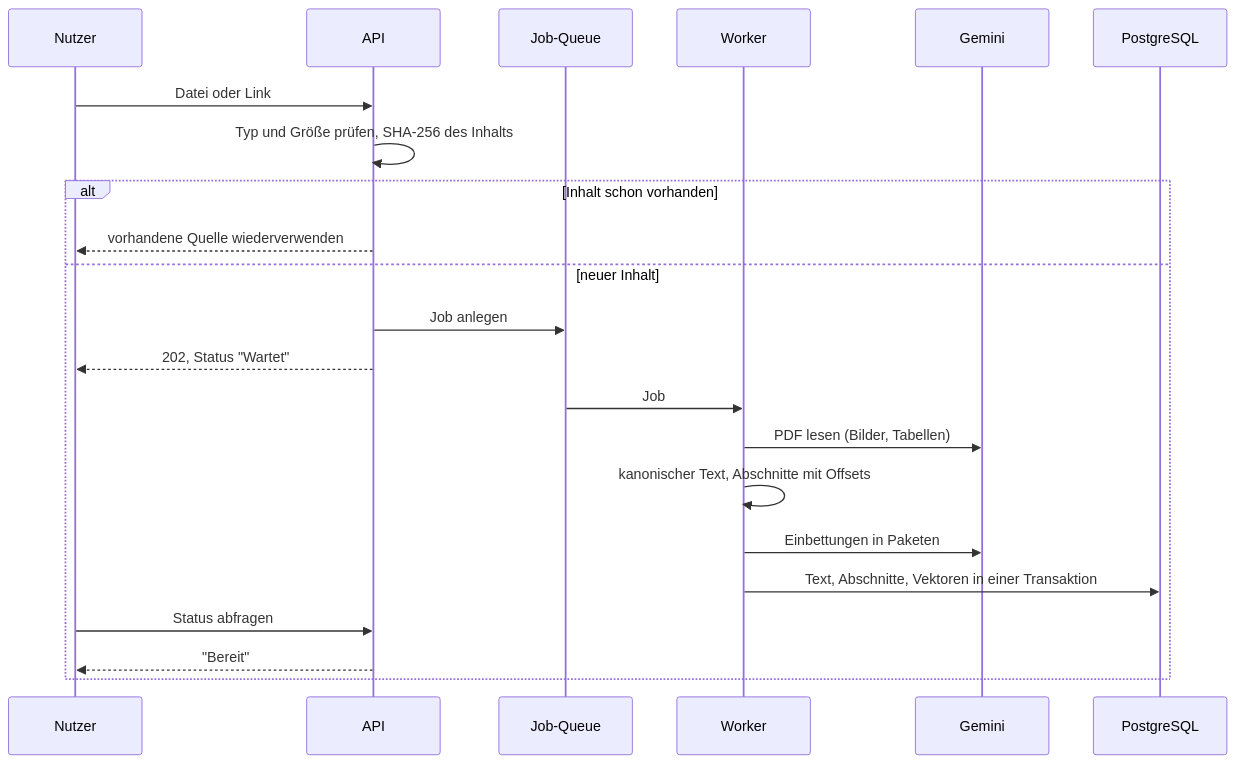
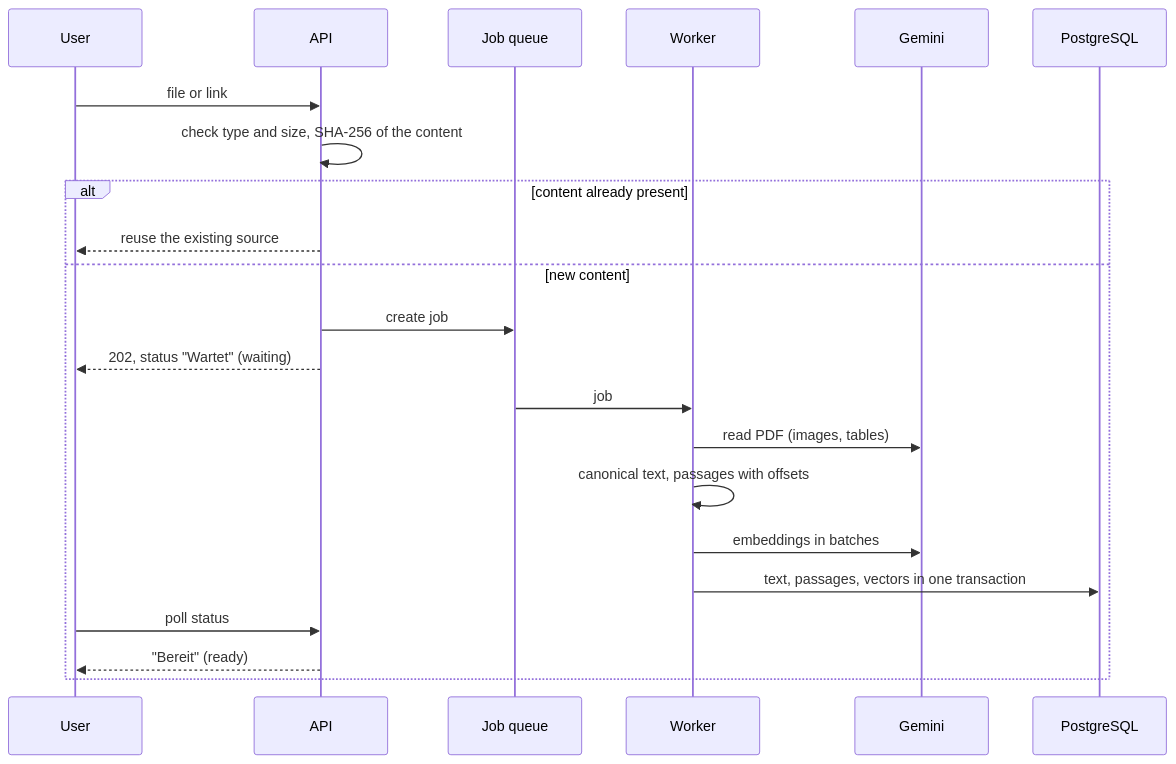
The second of 3 diagrams in README.md (oguzbits/notebooklm-klon), drawn with Mermaid before and after one commit. The commit also changed other lines of this file and 17 other files, not shown here.

````diff
--- a/README.md
+++ b/README.md
@@ -64,24 +64,24 @@
 ```mermaid
 sequenceDiagram
-  participant U as Nutzer
+  participant U as User
   participant A as API
-  participant Q as Job-Queue
+  participant Q as Job queue
   participant W as Worker
   participant G as Gemini
   participant D as PostgreSQL
-  U->>A: Datei oder Link
-  A->>A: Typ und Größe prüfen, SHA-256 des Inhalts
-  alt Inhalt schon vorhanden
-    A-->>U: vorhandene Quelle wiederverwenden
-  else neuer Inhalt
-    A->>Q: Job anlegen
-    A-->>U: 202, Status "Wartet"
-    Q->>W: Job
-    W->>G: PDF lesen (Bilder, Tabellen)
-    W->>W: kanonischer Text, Abschnitte mit Offsets
-    W->>G: Einbettungen in Paketen
-    W->>D: Text, Abschnitte, Vektoren in einer Transaktion
-    U->>A: Status abfragen
-    A-->>U: "Bereit"
+  U->>A: file or link
+  A->>A: check type and size, SHA-256 of the content
+  alt content already present
+    A-->>U: reuse the existing source
+  else new content
+    A->>Q: create job
+    A-->>U: 202, status "Wartet" (waiting)
+    Q->>W: job
+    W->>G: read PDF (images, tables)
+    W->>W: canonical text, passages with offsets
+    W->>G: embeddings in batches
+    W->>D: text, passages, vectors in one transaction
+    U->>A: poll status
+    A-->>U: "Bereit" (ready)
   end
 ```
````
